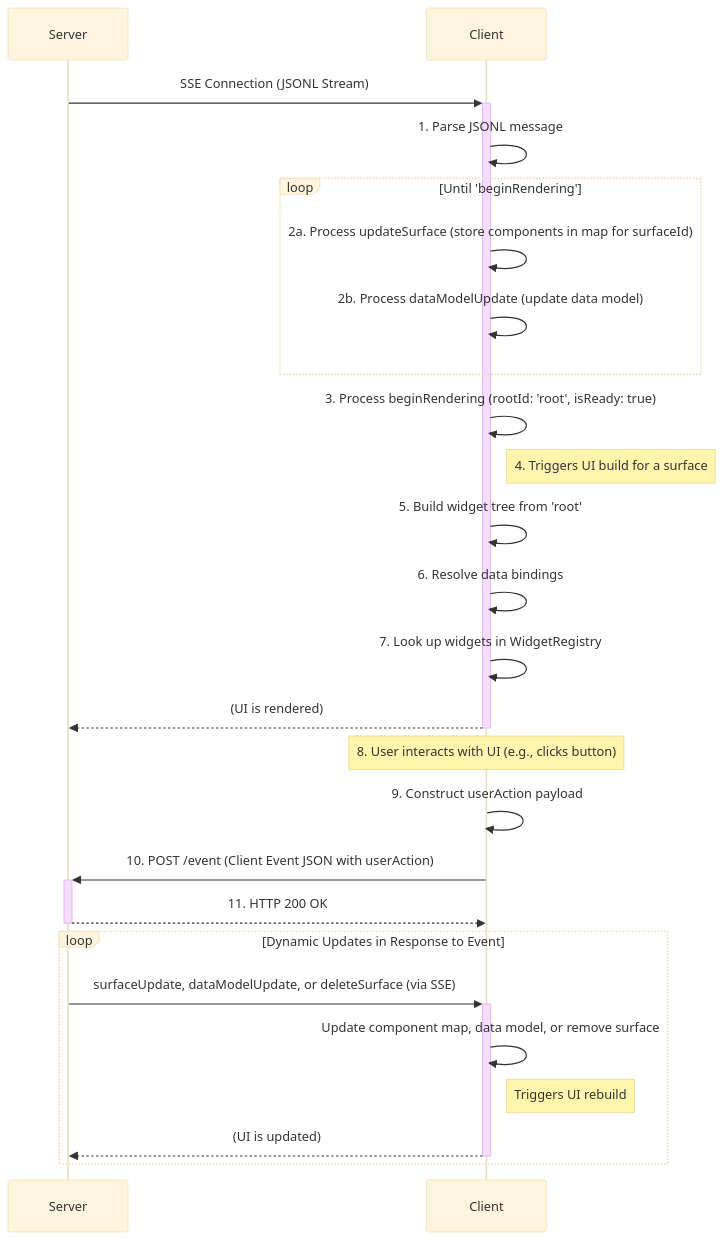
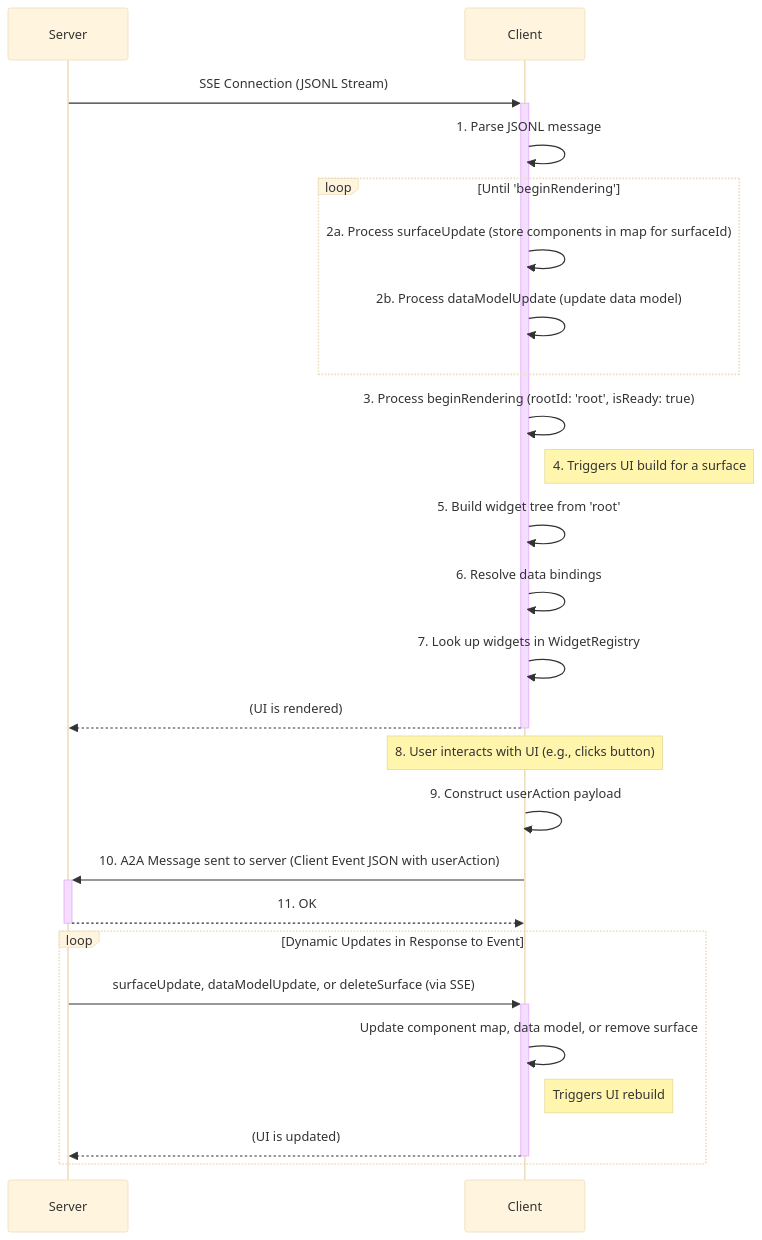
One commit to google/A2UI changed the first of 2 diagrams in docs/a2ui_protocol.md. Above: the diagram before and after it, drawn with Mermaid (base theme). The commit also changed other lines of this file, not shown here.

````diff
--- a/docs/a2ui_protocol.md
+++ b/docs/a2ui_protocol.md
@@ -106,30 +107,30 @@
 ```mermaid
 sequenceDiagram
     participant Server
     participant Client
 
     Server->>+Client: SSE Connection (JSONL Stream)
     Client->>Client: 1. Parse JSONL message
     loop Until 'beginRendering'
-        Client->>Client: 2a. Process updateSurface (store components in map for surfaceId)
+        Client->>Client: 2a. Process surfaceUpdate (store components in map for surfaceId)
         Client->>Client: 2b. Process dataModelUpdate (update data model)
     end
     Client->>Client: 3. Process beginRendering (rootId: 'root', isReady: true)
     Note right of Client: 4. Triggers UI build for a surface
     Client->>Client: 5. Build widget tree from 'root'
     Client->>Client: 6. Resolve data bindings
     Client->>Client: 7. Look up widgets in WidgetRegistry
     Client-->>-Server: (UI is rendered)
 
     Note over Client: 8. User interacts with UI (e.g., clicks button)
     Client->>Client: 9. Construct userAction payload
-    Client->>+Server: 10. POST /event (Client Event JSON with userAction)
-    Server-->>-Client: 11. HTTP 200 OK
+    Client->>+Server: 10. A2A Message sent to server (Client Event JSON with userAction)
+    Server-->>-Client: 11. OK
 
     loop Dynamic Updates in Response to Event
         Server->>+Client: surfaceUpdate, dataModelUpdate, or deleteSurface (via SSE)
         Client->>Client: Update component map, data model, or remove surface
         Note right of Client: Triggers UI rebuild
         Client-->>-Server: (UI is updated)
     end
 ```
````
